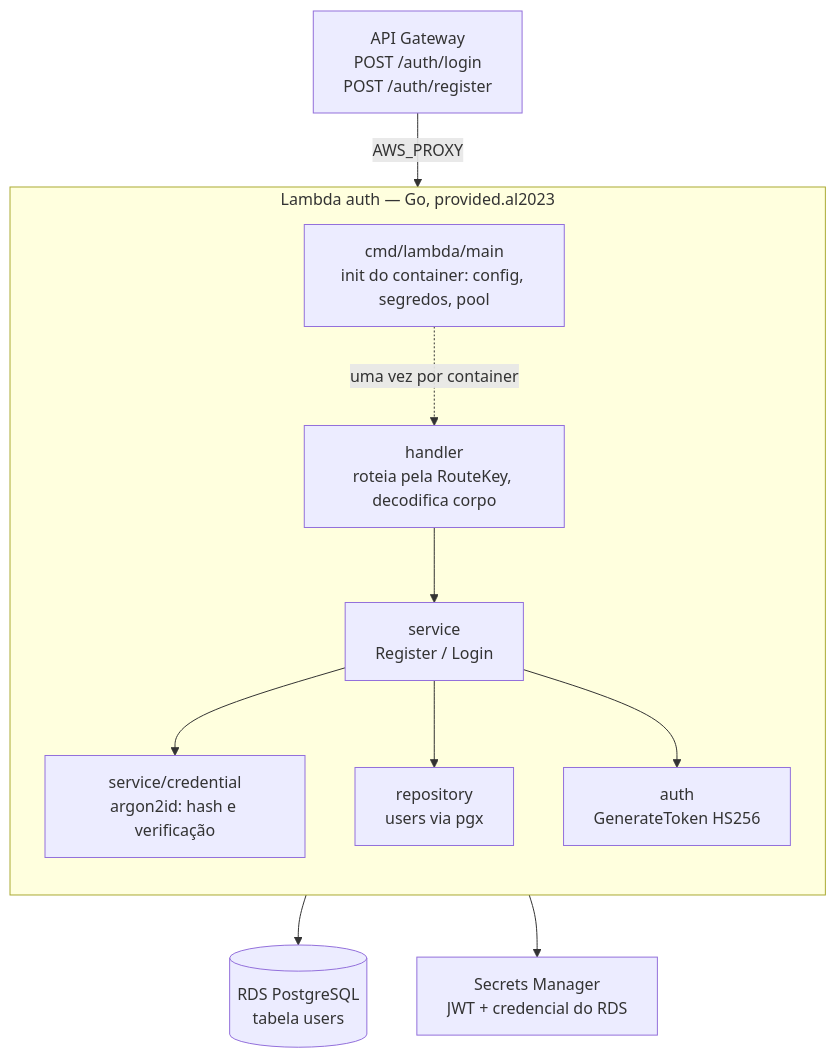
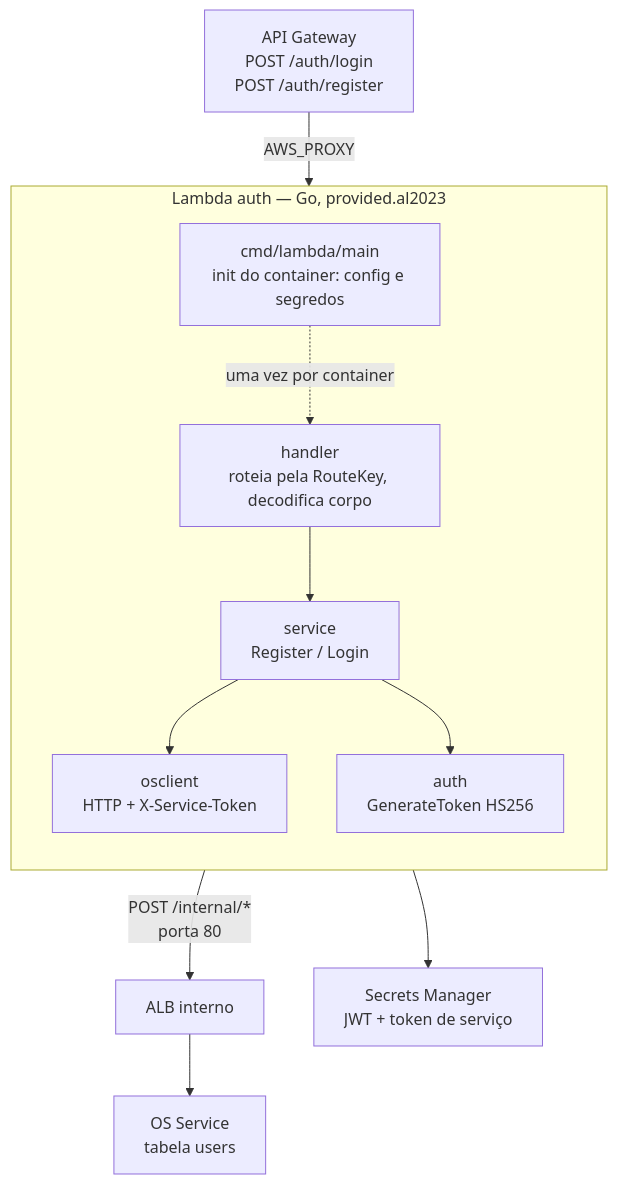
The first of 2 diagrams in README.md (SOAT-15-Oficina/oficina-mecanica-serverless), drawn with Mermaid before and after one commit. The commit also changed other lines of this file and 5 other files, not shown here.

````diff
--- a/README.md
+++ b/README.md
@@ -51,21 +64,19 @@
 ```mermaid
 flowchart TB
     GW["API Gateway<br/>POST /auth/login<br/>POST /auth/register"] -->|AWS_PROXY| LMB
 
     subgraph LMB [Lambda auth — Go, provided.al2023]
         direction TB
-        INIT["cmd/lambda/main<br/>init do container: config, segredos, pool"]
+        INIT["cmd/lambda/main<br/>init do container: config e segredos"]
         H["handler<br/>roteia pela RouteKey, decodifica corpo"]
         SVC["service<br/>Register / Login"]
-        CRED["service/credential<br/>argon2id: hash e verificação"]
+        OSC["osclient<br/>HTTP + X-Service-Token"]
         AUTH["auth<br/>GenerateToken HS256"]
-        REPO["repository<br/>users via pgx"]
     end
 
     INIT -.uma vez por container.-> H
     H --> SVC
-    SVC --> CRED
-    SVC --> REPO --> DB[(RDS PostgreSQL<br/>tabela users)]
+    SVC --> OSC -->|"POST /internal/*<br/>porta 80"| ALB[ALB interno] --> OS[OS Service<br/>tabela users]
     SVC --> AUTH
-    INIT --> SM[Secrets Manager<br/>JWT + credencial do RDS]
+    INIT --> SM[Secrets Manager<br/>JWT + token de serviço]
 ```
````
